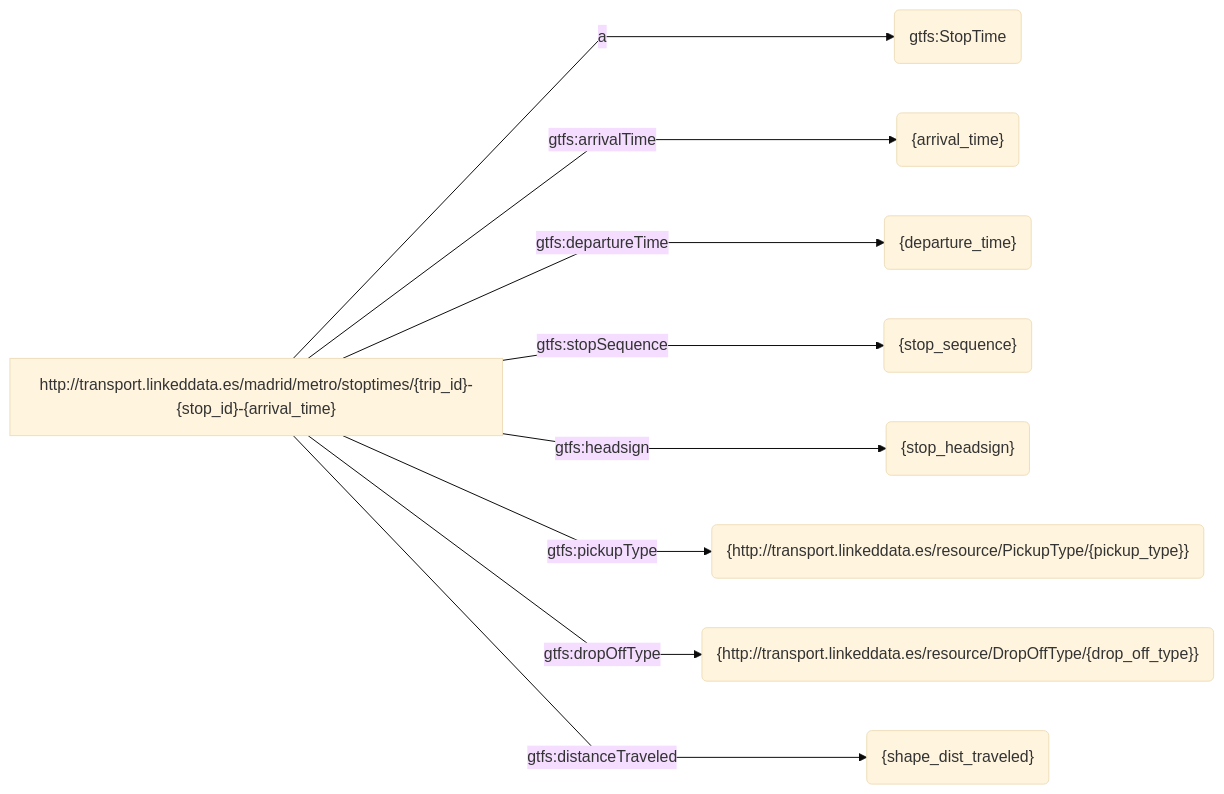
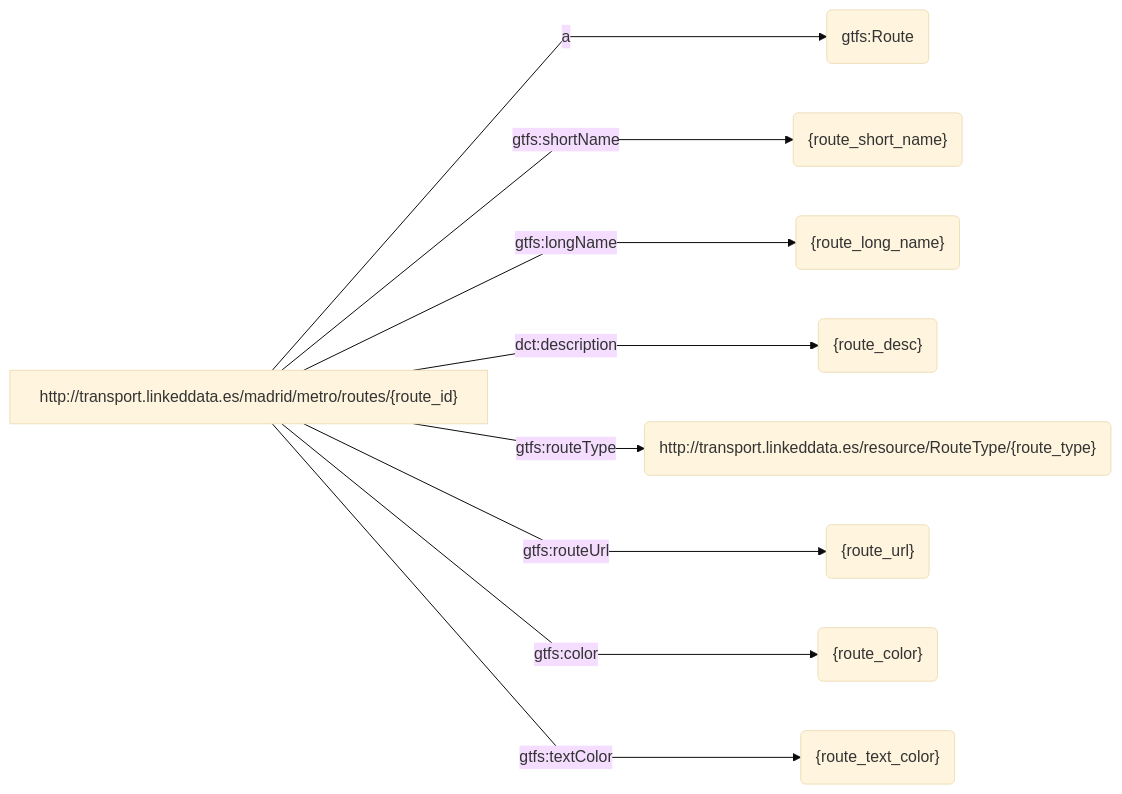
Before and after one commit to oeg-upm/rmldoc: diagram 16 of 25 in example/gtfs-xml.md, drawn with Mermaid. The commit also changed other lines of this file and 3 other files, not shown here.

````diff
--- a/example/gtfs-xml.md
+++ b/example/gtfs-xml.md
@@ -255,13 +420,13 @@
 ```mermaid
 %%{ init : { "theme" : "base", "flowchart" : { "curve" : "linear" }}}%%
 flowchart LR
-S["http://transport.linkeddata.es/madrid/metro/stoptimes/{trip_id}-{stop_id}-{arrival_time}"] -->|"a"| object1("gtfs:StopTime")
-S["http://transport.linkeddata.es/madrid/metro/stoptimes/{trip_id}-{stop_id}-{arrival_time}"] -->|"gtfs:arrivalTime"| object2("{arrival_time}")
-S["http://transport.linkeddata.es/madrid/metro/stoptimes/{trip_id}-{stop_id}-{arrival_time}"] -->|"gtfs:departureTime"| object3("{departure_time}")
-S["http://transport.linkeddata.es/madrid/metro/stoptimes/{trip_id}-{stop_id}-{arrival_time}"] -->|"gtfs:stopSequence"| object4("{stop_sequence}")
-S["http://transport.linkeddata.es/madrid/metro/stoptimes/{trip_id}-{stop_id}-{arrival_time}"] -->|"gtfs:headsign"| object5("{stop_headsign}")
-S["http://transport.linkeddata.es/madrid/metro/stoptimes/{trip_id}-{stop_id}-{arrival_time}"] -->|"gtfs:pickupType"| object6("{http://transport.linkeddata.es/resource/PickupType/{pickup_type}}")
-S["http://transport.linkeddata.es/madrid/metro/stoptimes/{trip_id}-{stop_id}-{arrival_time}"] -->|"gtfs:dropOffType"| object7("{http://transport.linkeddata.es/resource/DropOffType/{drop_off_type}}")
-S["http://transport.linkeddata.es/madrid/metro/stoptimes/{trip_id}-{stop_id}-{arrival_time}"] -->|"gtfs:distanceTraveled"| object8("{shape_dist_traveled}")
+S["http://transport.linkeddata.es/madrid/metro/routes/{route_id}"] -->|"a"| object1("gtfs:Route")
+S["http://transport.linkeddata.es/madrid/metro/routes/{route_id}"] -->|"gtfs:shortName"| object2("{route_short_name}")
+S["http://transport.linkeddata.es/madrid/metro/routes/{route_id}"] -->|"gtfs:longName"| object3("{route_long_name}")
+S["http://transport.linkeddata.es/madrid/metro/routes/{route_id}"] -->|"dct:description"| object4("{route_desc}")
+S["http://transport.linkeddata.es/madrid/metro/routes/{route_id}"] -->|"gtfs:routeType"| object5("http://transport.linkeddata.es/resource/RouteType/{route_type}")
+S["http://transport.linkeddata.es/madrid/metro/routes/{route_id}"] -->|"gtfs:routeUrl"| object6("{route_url}")
+S["http://transport.linkeddata.es/madrid/metro/routes/{route_id}"] -->|"gtfs:color"| object7("{route_color}")
+S["http://transport.linkeddata.es/madrid/metro/routes/{route_id}"] -->|"gtfs:textColor"| object8("{route_text_color}")
     
 ``` 
````
